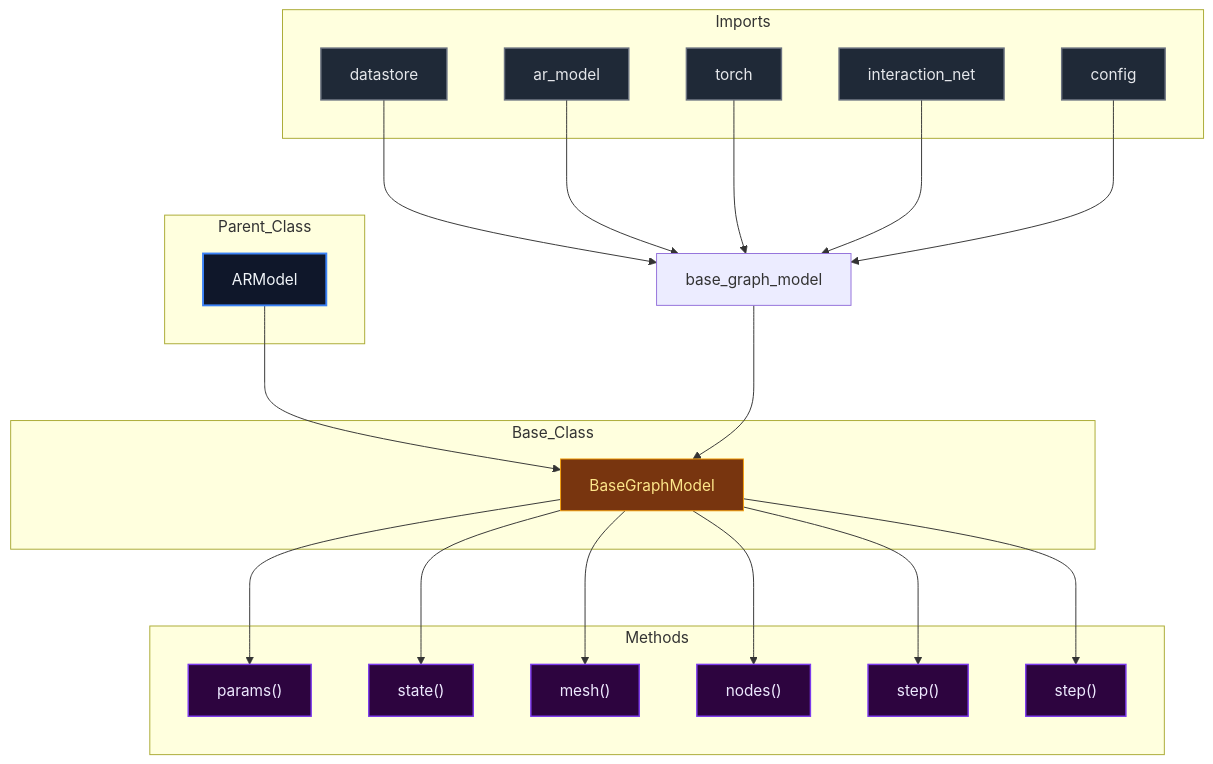
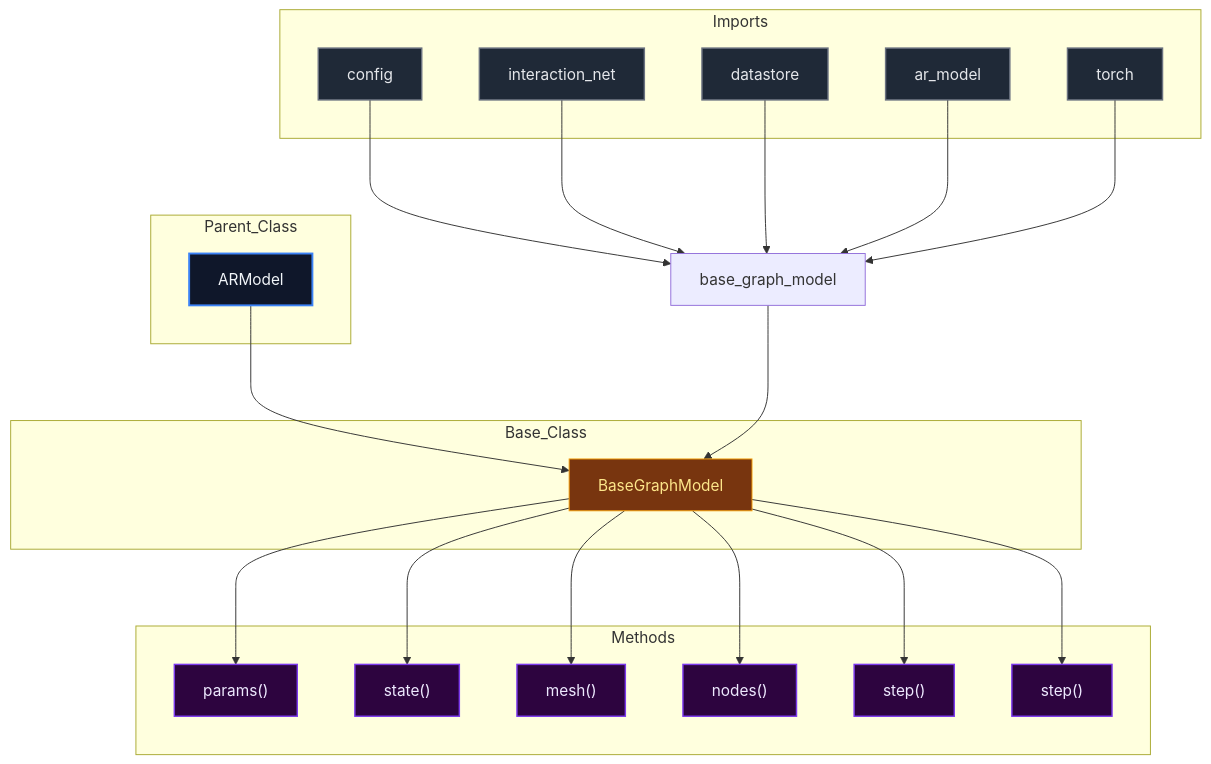
The diagram in docs/diagrams/structure/base_graph_model_diagram.md (mllam/neural-lam), drawn with Mermaid before and after one commit. The commit also changed 20 other files, not shown here.

````diff
--- a/docs/diagrams/structure/base_graph_model_diagram.md
+++ b/docs/diagrams/structure/base_graph_model_diagram.md
@@ -1,57 +1,57 @@
 ```mermaid
 %%{init: {'flowchart': {'nodeSpacing': 60, 'rankSpacing': 80}}}%%
 flowchart TD
 
 module["base_graph_model"]
 
 subgraph Parent_Class
     ARModel["ARModel"]
 end
 
 subgraph Base_Class
     BaseGraphModel["BaseGraphModel"]
 end
 
     ARModel --> BaseGraphModel
 
 subgraph Imports
+    config["config"]
+    interaction_net["interaction_net"]
     datastore["datastore"]
     ar_model["ar_model"]
     torch["torch"]
-    interaction_net["interaction_net"]
-    config["config"]
 end
 
+    config --> module
+    interaction_net --> module
     datastore --> module
     ar_model --> module
     torch --> module
-    interaction_net --> module
-    config --> module
     module --> BaseGraphModel
 
 subgraph Methods
     BaseGraphModel_prepare_clamping_params["params()"]
     BaseGraphModel_get_clamped_new_state["state()"]
     BaseGraphModel_get_num_mesh["mesh()"]
     BaseGraphModel_embedd_mesh_nodes["nodes()"]
     BaseGraphModel_process_step["step()"]
     BaseGraphModel_predict_step["step()"]
 end
 
     BaseGraphModel --> BaseGraphModel_prepare_clamping_params
     BaseGraphModel --> BaseGraphModel_get_clamped_new_state
     BaseGraphModel --> BaseGraphModel_get_num_mesh
     BaseGraphModel --> BaseGraphModel_embedd_mesh_nodes
     BaseGraphModel --> BaseGraphModel_process_step
     BaseGraphModel --> BaseGraphModel_predict_step
 
 classDef parent fill:#0f172a,stroke:#3b82f6,stroke-width:2px,color:#f1f5f9,font-size:16px
 classDef base fill:#78350f,stroke:#f59e0b,stroke-width:1px,color:#fde68a,font-size:16px
 classDef import fill:#1f2937,stroke:#6b7280,stroke-width:1.5px,color:#e5e7eb,font-size:16px
 classDef method fill:#2d043f,stroke:#7c3aed,stroke-width:1.5px,color:#ede9fe,font-size:16px
 classDef callNode fill:#064e3b,stroke:#10b981,stroke-width:1.5px,color:#d1fae5,font-size:16px
 class ARModel parent
 class BaseGraphModel base
-class datastore,ar_model,torch,interaction_net,config import
+class config,interaction_net,datastore,ar_model,torch import
 class BaseGraphModel_prepare_clamping_params,BaseGraphModel_get_clamped_new_state,BaseGraphModel_get_num_mesh,BaseGraphModel_embedd_mesh_nodes,BaseGraphModel_process_step,BaseGraphModel_predict_step method
 ```
````
